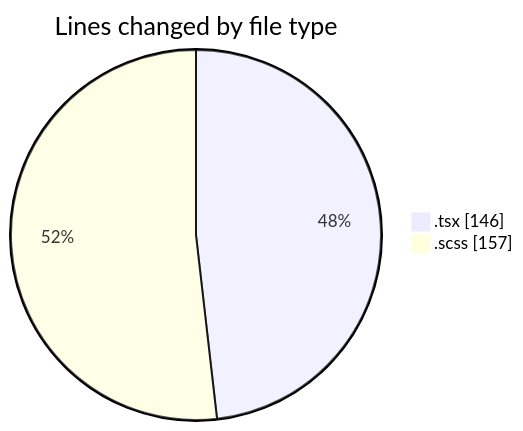
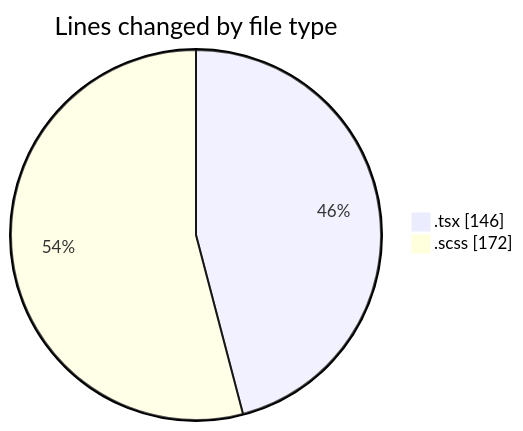
Before and after one commit to momahboobian/code-tracking: the first of 2 diagrams in 2026-03-25/cda/README.md, drawn with Mermaid. The commit also changed other lines of this file and 1 other file, not shown here.

````diff
--- a/2026-03-25/cda/README.md
+++ b/2026-03-25/cda/README.md
@@ -21,6 +21,6 @@
 ```mermaid
 pie showData
 title Lines changed by file type
 ".tsx" : 146
-".scss" : 157
+".scss" : 172
 ```
````
